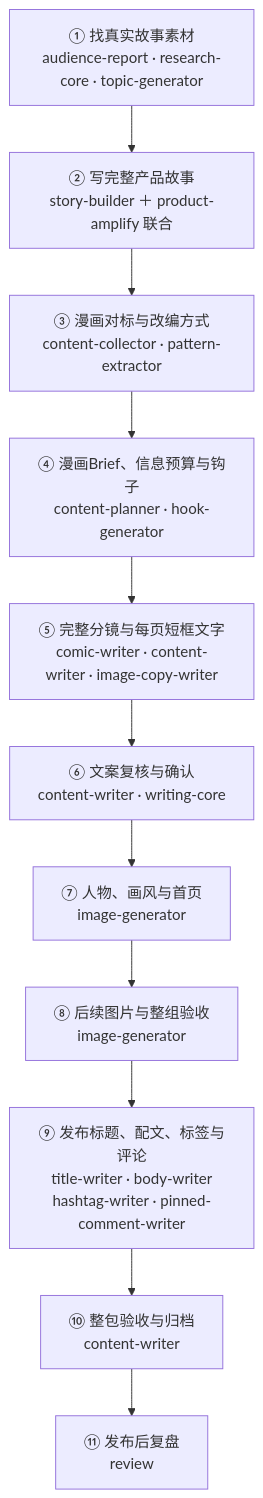
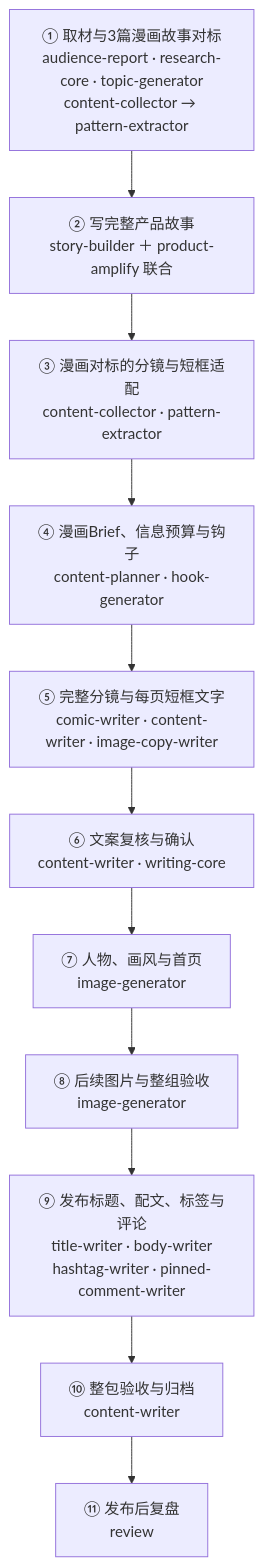
The diagram in skills/comic-writer/references/workflow.md (EloiseCai/second-brain), drawn with Mermaid before and after one commit. The commit also changed other lines of this file and 6 other files, not shown here.

Commit message:
Keep topic-led research alongside comic benchmark analysis

````diff
--- a/skills/comic-writer/references/workflow.md
+++ b/skills/comic-writer/references/workflow.md
@@ -7,15 +7,15 @@
 ```mermaid
 flowchart TD
- A["① 找真实故事素材<br/>audience-report · research-core · topic-generator"]
+ A["① 取材与3篇漫画故事对标<br/>audience-report · research-core · topic-generator<br/>content-collector → pattern-extractor"]
  B["② 写完整产品故事<br/>story-builder ＋ product-amplify 联合"]
- C["③ 漫画对标与改编方式<br/>content-collector · pattern-extractor"]
+ C["③ 漫画对标的分镜与短框适配<br/>content-collector · pattern-extractor"]
  D["④ 漫画Brief、信息预算与钩子<br/>content-planner · hook-generator"]
  E["⑤ 完整分镜与每页短框文字<br/>comic-writer · content-writer · image-copy-writer"]
  F["⑥ 文案复核与确认<br/>content-writer · writing-core"]
  G["⑦ 人物、画风与首页<br/>image-generator"]
  H["⑧ 后续图片与整组验收<br/>image-generator"]
  I["⑨ 发布标题、配文、标签与评论<br/>title-writer · body-writer<br/>hashtag-writer · pinned-comment-writer"]
  J["⑩ 整包验收与归档<br/>content-writer"]
  K["⑪ 发布后复盘<br/>review"]
  A --> B --> C --> D --> E --> F --> G --> H --> I --> J --> K
 ```
````
